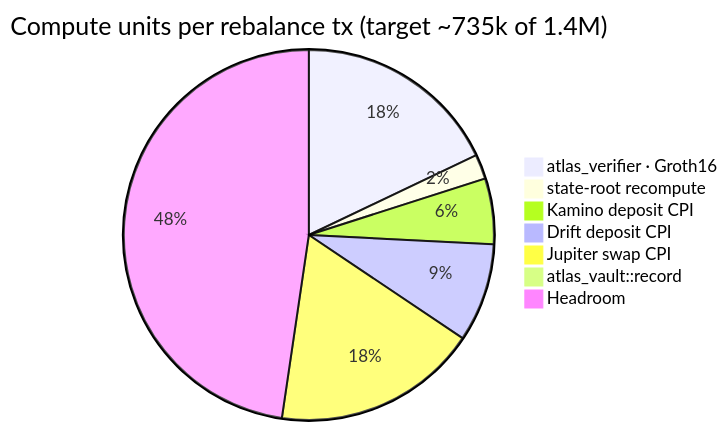
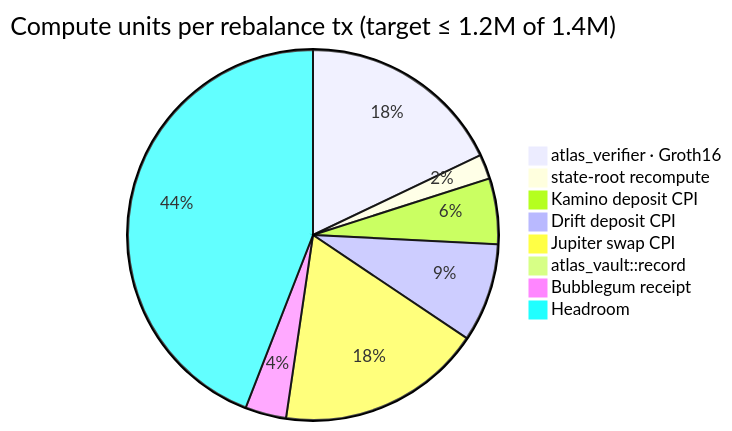
Before and after one commit to Sushant6095/Atlas-protocol-colosseum-solana: the fourth of 7 diagrams in README.md, drawn with Mermaid. The commit also changed other lines of this file, not shown here.

First line of the commit message:
docs(readme): institutional Treasury OS positioning + 24-phase architecture

````diff
--- a/README.md
+++ b/README.md
@@ -176,10 +307,11 @@
 ```mermaid
-pie title Compute units per rebalance tx (target ~735k of 1.4M)
+pie title Compute units per rebalance tx (target ≤ 1.2M of 1.4M)
     "atlas_verifier · Groth16" : 250
     "state-root recompute" : 30
     "Kamino deposit CPI" : 80
     "Drift deposit CPI" : 120
     "Jupiter swap CPI" : 250
     "atlas_vault::record" : 5
-    "Headroom" : 665
+    "Bubblegum receipt" : 50
+    "Headroom" : 615
 ```
````
